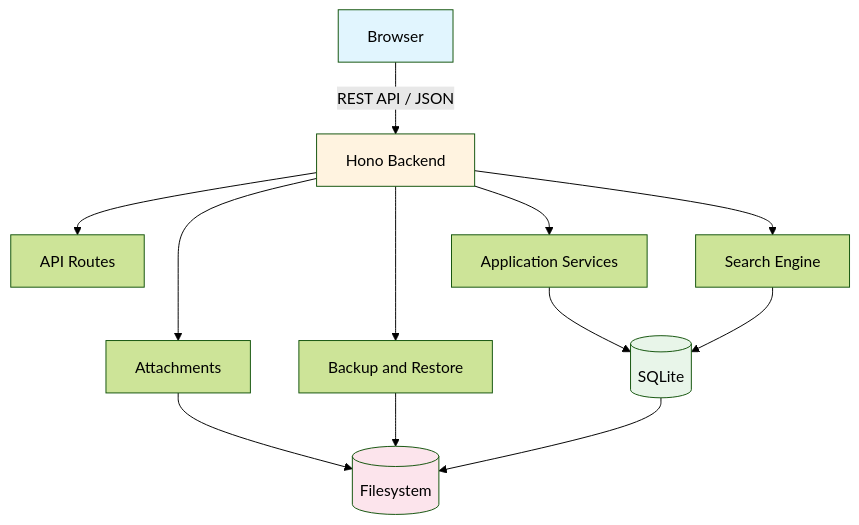
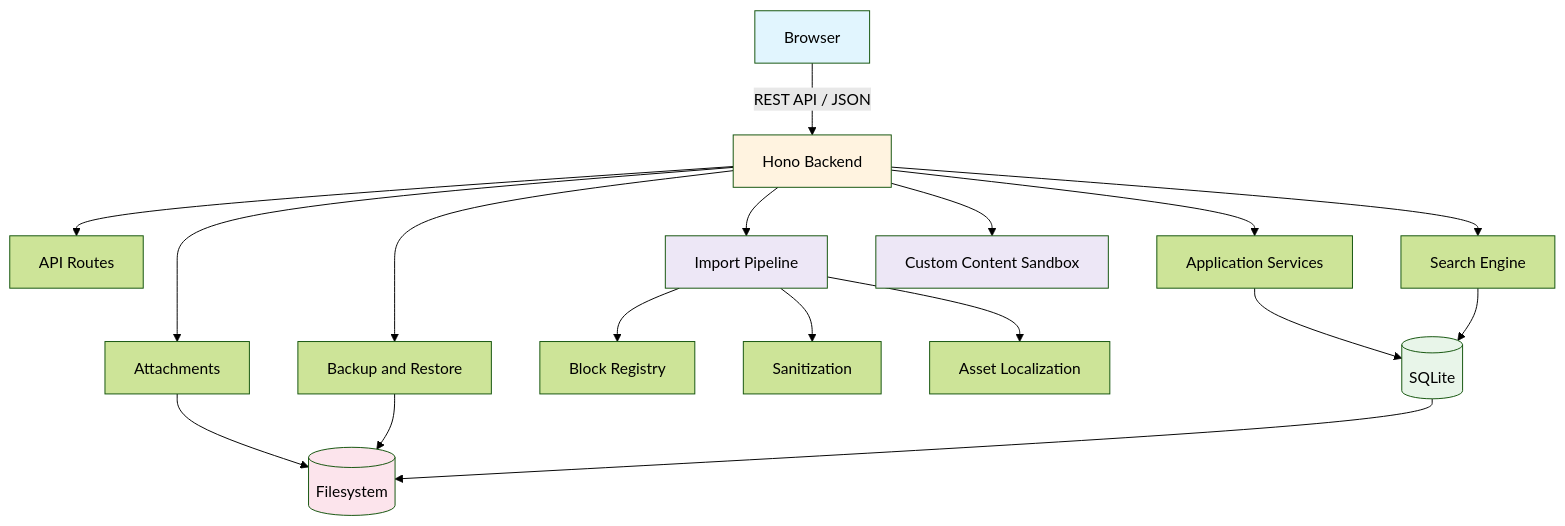
The diagram in docs/ARCHITECTURE.md (Rajendertyagi/RTWiki), drawn with Mermaid (forest theme) before and after one commit. The commit also changed other lines of this file and 18 other files, not shown here.

First line of the commit message:
docs: define modular rich-content and AI import architecture

````diff
--- a/docs/ARCHITECTURE.md
+++ b/docs/ARCHITECTURE.md
@@ -11,18 +11,25 @@
 ```mermaid
 graph TD
     B[Browser] -->|REST API / JSON| H[Hono Backend]
     H --> HR[API Routes]
     H --> AS[Application Services]
     H --> SE[Search Engine]
     H --> AT[Attachments]
     H --> BK[Backup and Restore]
+    H --> IP[Import Pipeline]
+    IP --> BR[Block Registry]
+    IP --> SV[Sanitization]
+    IP --> AL[Asset Localization]
+    H --> SB[Custom Content Sandbox]
     AS --> DB[(SQLite)]
     SE --> DB
     AT --> FS[(Filesystem)]
     BK --> FS
     DB --> FS
     style B fill:#e1f5fe
     style H fill:#fff3e0
     style DB fill:#e8f5e9
     style FS fill:#fce4ec
+    style IP fill:#ede7f6
+    style SB fill:#ede7f6
 ```
````
